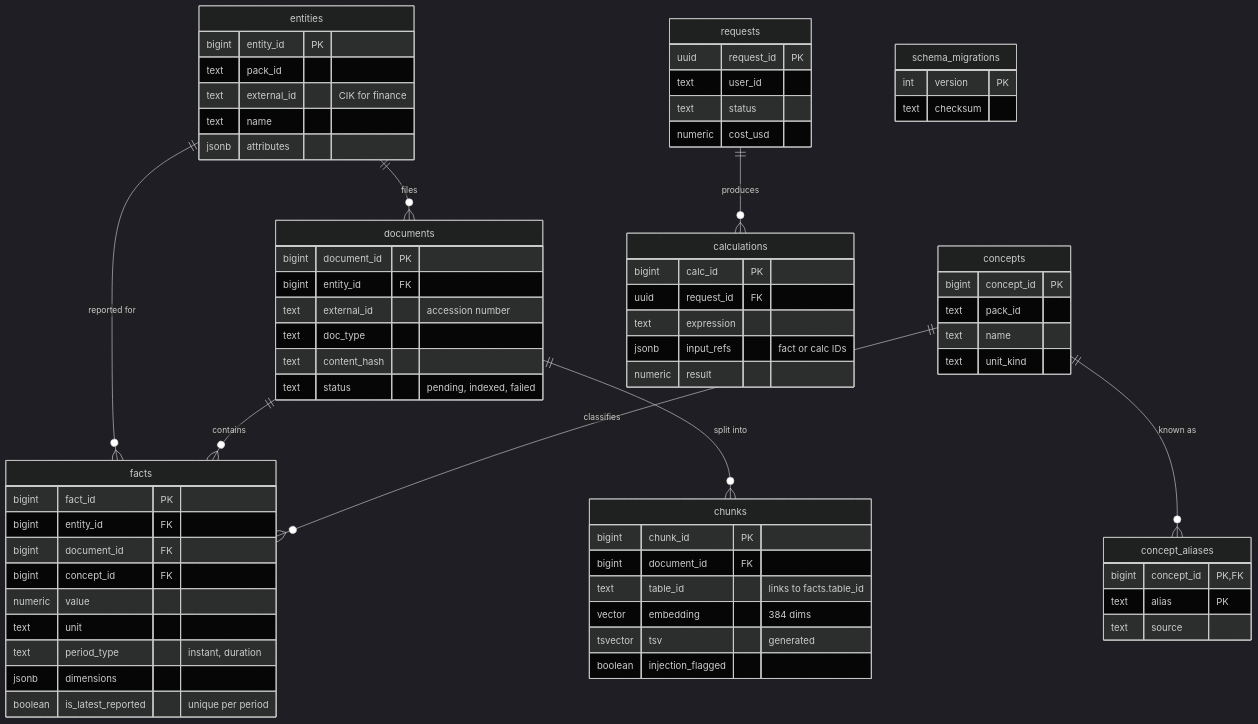
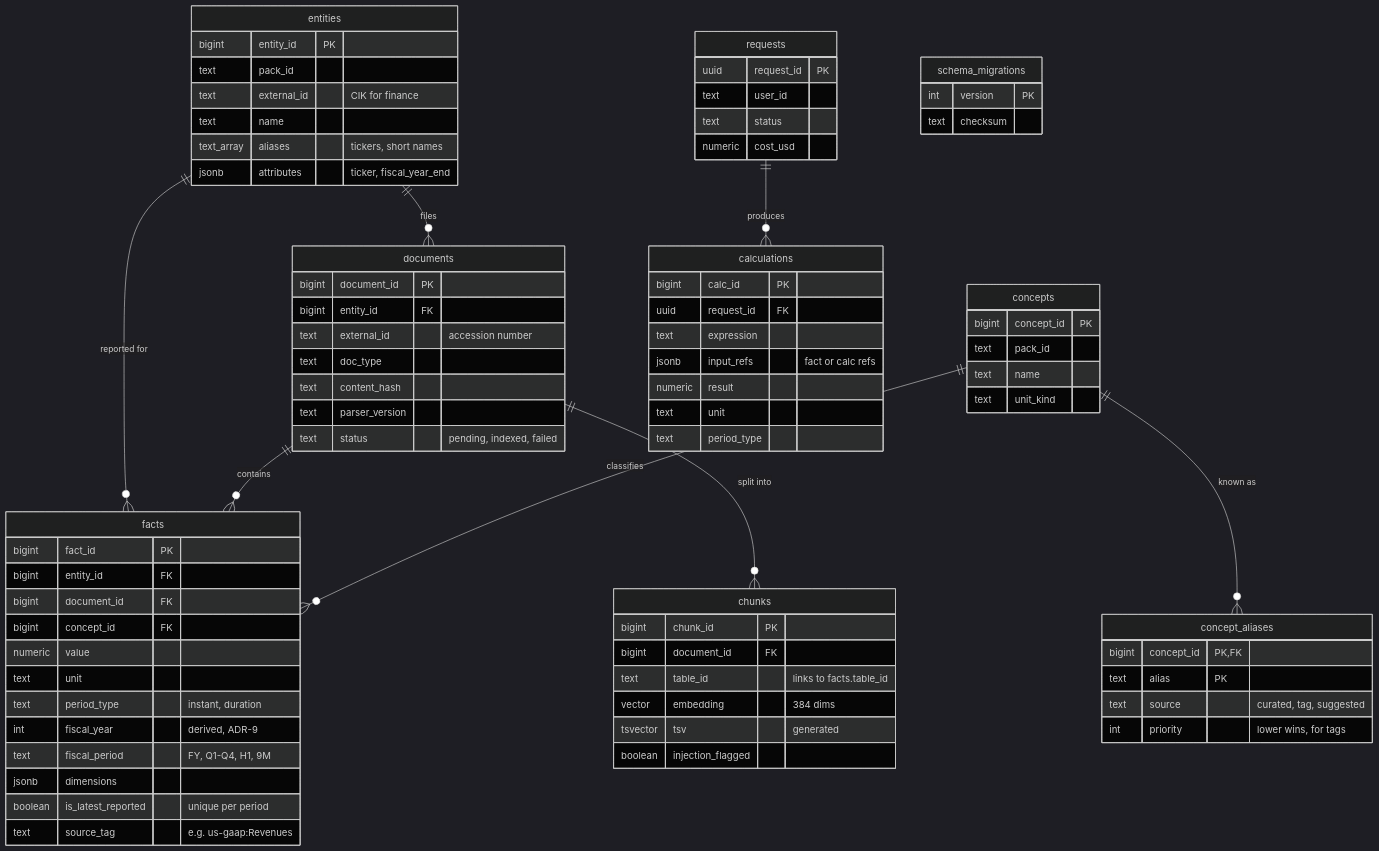
Before and after one commit to ChinmayLokare/verified-rag: the eighth of 8 diagrams in docs/code-map.md, drawn with Mermaid (dark theme). The commit also changed other lines of this file and 37 other files, not shown here.

````diff
--- a/docs/code-map.md
+++ b/docs/code-map.md
@@ -169,73 +527,81 @@
 ```mermaid
 erDiagram
     entities ||--o{ documents : files
     entities ||--o{ facts : "reported for"
     documents ||--o{ facts : contains
     documents ||--o{ chunks : "split into"
     concepts ||--o{ facts : classifies
     concepts ||--o{ concept_aliases : "known as"
     requests ||--o{ calculations : produces
 
     entities {
         bigint entity_id PK
         text pack_id
         text external_id "CIK for finance"
         text name
-        jsonb attributes
+        text_array aliases "tickers, short names"
+        jsonb attributes "ticker, fiscal_year_end"
     }
     documents {
         bigint document_id PK
         bigint entity_id FK
         text external_id "accession number"
         text doc_type
         text content_hash
+        text parser_version
         text status "pending, indexed, failed"
     }
     concepts {
         bigint concept_id PK
         text pack_id
         text name
         text unit_kind
     }
     concept_aliases {
         bigint concept_id PK, FK
         text alias PK
-        text source
+        text source "curated, tag, suggested"
+        int priority "lower wins, for tags"
     }
     facts {
         bigint fact_id PK
         bigint entity_id FK
         bigint document_id FK
         bigint concept_id FK
         numeric value
         text unit
         text period_type "instant, duration"
+        int fiscal_year "derived, ADR-9"
+        text fiscal_period "FY, Q1-Q4, H1, 9M"
         jsonb dimensions
         boolean is_latest_reported "unique per period"
+        text source_tag "e.g. us-gaap:Revenues"
     }
     chunks {
         bigint chunk_id PK
         bigint document_id FK
         text table_id "links to facts.table_id"
         vector embedding "384 dims"
         tsvector tsv "generated"
         boolean injection_flagged
     }
     requests {
         uuid request_id PK
         text user_id
         text status
         numeric cost_usd
     }
     calculations {
         bigint calc_id PK
         uuid request_id FK
         text expression
-        jsonb input_refs "fact or calc IDs"
+        jsonb input_refs "fact or calc refs"
         numeric result
+        text unit
+        text period_type
     }
     schema_migrations {
         int version PK
         text checksum
     }
 ```
````
